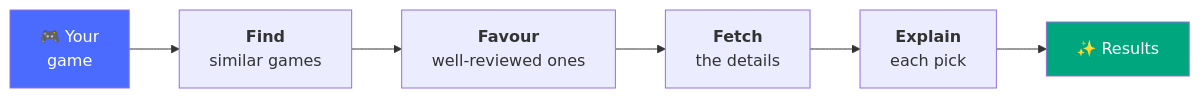
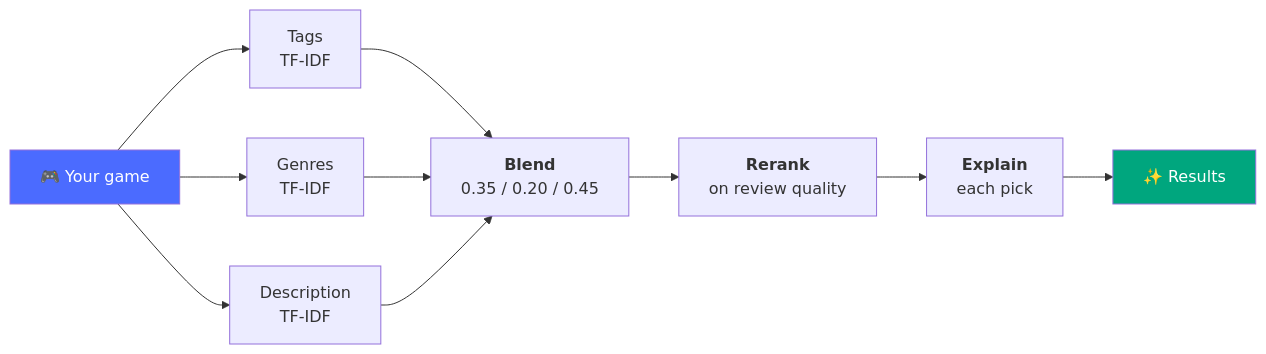
Before and after one commit to An1sh-R/steam-content-recommender-system: the second of 2 diagrams in README.md, drawn with Mermaid. The commit also changed other lines of this file and 4 other files, not shown here.

````diff
--- a/README.md
+++ b/README.md
@@ -85,14 +126,19 @@
 ```mermaid
 flowchart LR
-    Q["🎮 Your<br/>game"]
-    R["<b>Find</b><br/>similar games"]
-    K["<b>Favour</b><br/>well-reviewed ones"]
-    H["<b>Fetch</b><br/>the details"]
+    Q["🎮 Your game"]
+    T["Tags<br/>TF-IDF"]
+    G["Genres<br/>TF-IDF"]
+    D["Description<br/>TF-IDF"]
+    B["<b>Blend</b><br/>0.35 / 0.20 / 0.45"]
+    K["<b>Rerank</b><br/>on review quality"]
     E["<b>Explain</b><br/>each pick"]
     OUT["✨ Results"]
 
-    Q --> R --> K --> H --> E --> OUT
+    Q --> T --> B
+    Q --> G --> B
+    Q --> D --> B
+    B --> K --> E --> OUT
 
     style Q fill:#4b6bff,color:#fff
     style OUT fill:#00a67e,color:#fff
 ```
````
